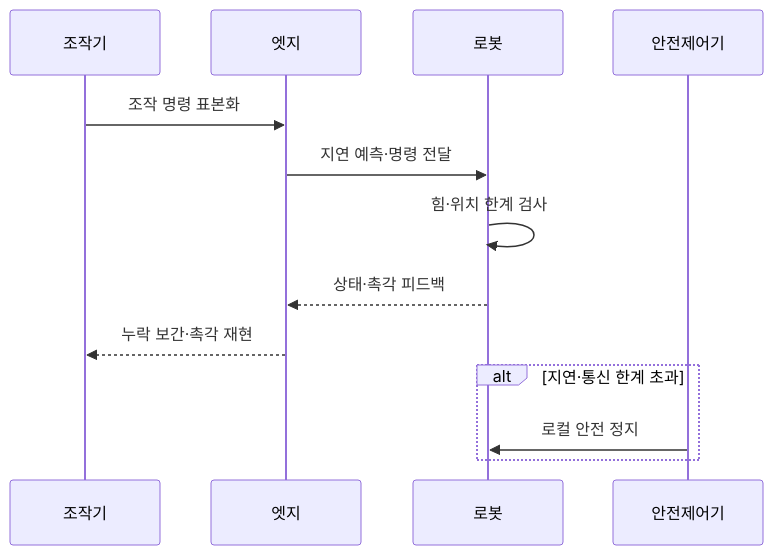
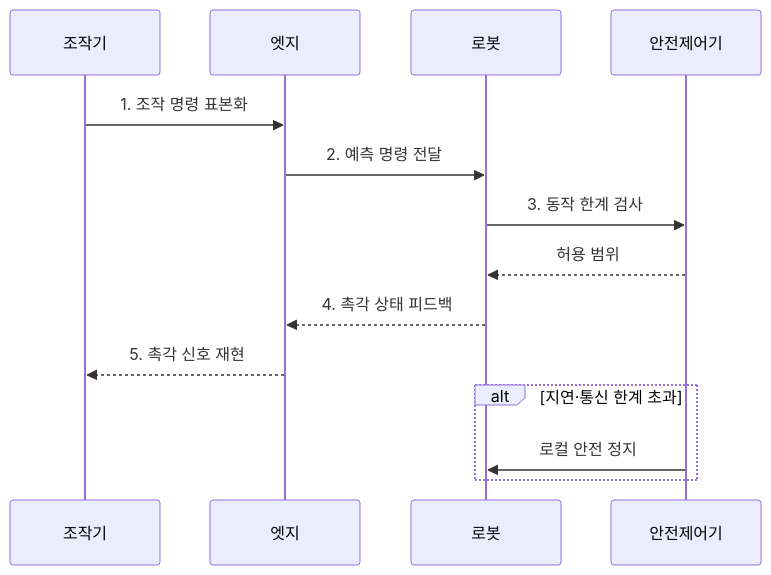
Before and after one commit to agnusdei1207/knowledge-base: the second of 2 diagrams in src/content/docs/notes/04-network/085_tactile_internet.md, drawn with Mermaid. The commit also changed other lines of this file and 11 other files, not shown here.

````diff
--- a/src/content/docs/notes/04-network/085_tactile_internet.md
+++ b/src/content/docs/notes/04-network/085_tactile_internet.md
@@ -78,15 +76,16 @@
 ```mermaid
 sequenceDiagram
     participant 조작기
     participant 엣지
     participant 로봇
     participant 안전제어기
-    조작기->>엣지: 조작 명령 표본화
-    엣지->>로봇: 지연 예측·명령 전달
-    로봇->>로봇: 힘·위치 한계 검사
-    로봇-->>엣지: 상태·촉각 피드백
-    엣지-->>조작기: 누락 보간·촉각 재현
+    조작기->>엣지: 1. 조작 명령 표본화
+    엣지->>로봇: 2. 예측 명령 전달
+    로봇->>안전제어기: 3. 동작 한계 검사
+    안전제어기-->>로봇: 허용 범위
+    로봇-->>엣지: 4. 촉각 상태 피드백
+    엣지-->>조작기: 5. 촉각 신호 재현
     alt 지연·통신 한계 초과
         안전제어기->>로봇: 로컬 안전 정지
     end
 ```
````
